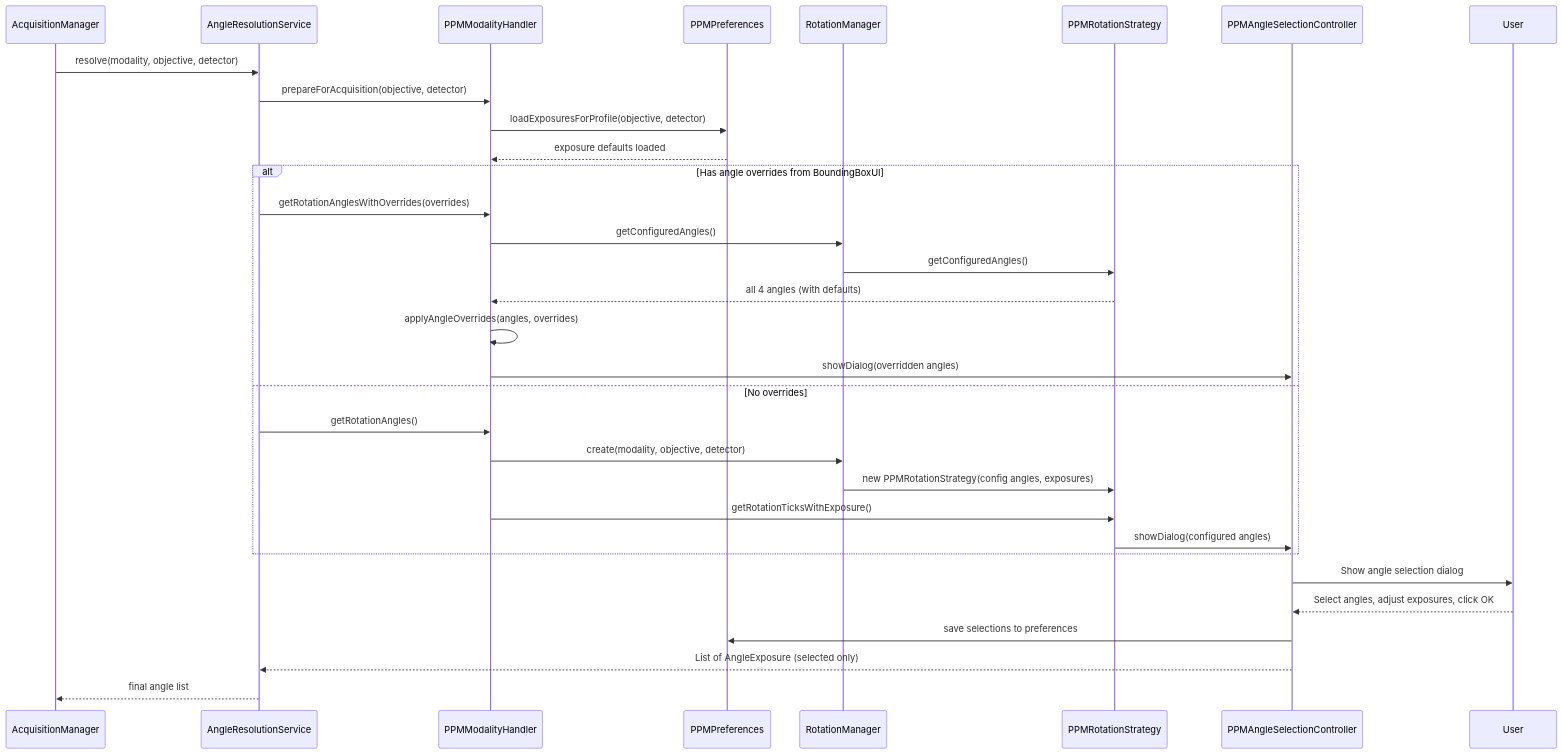
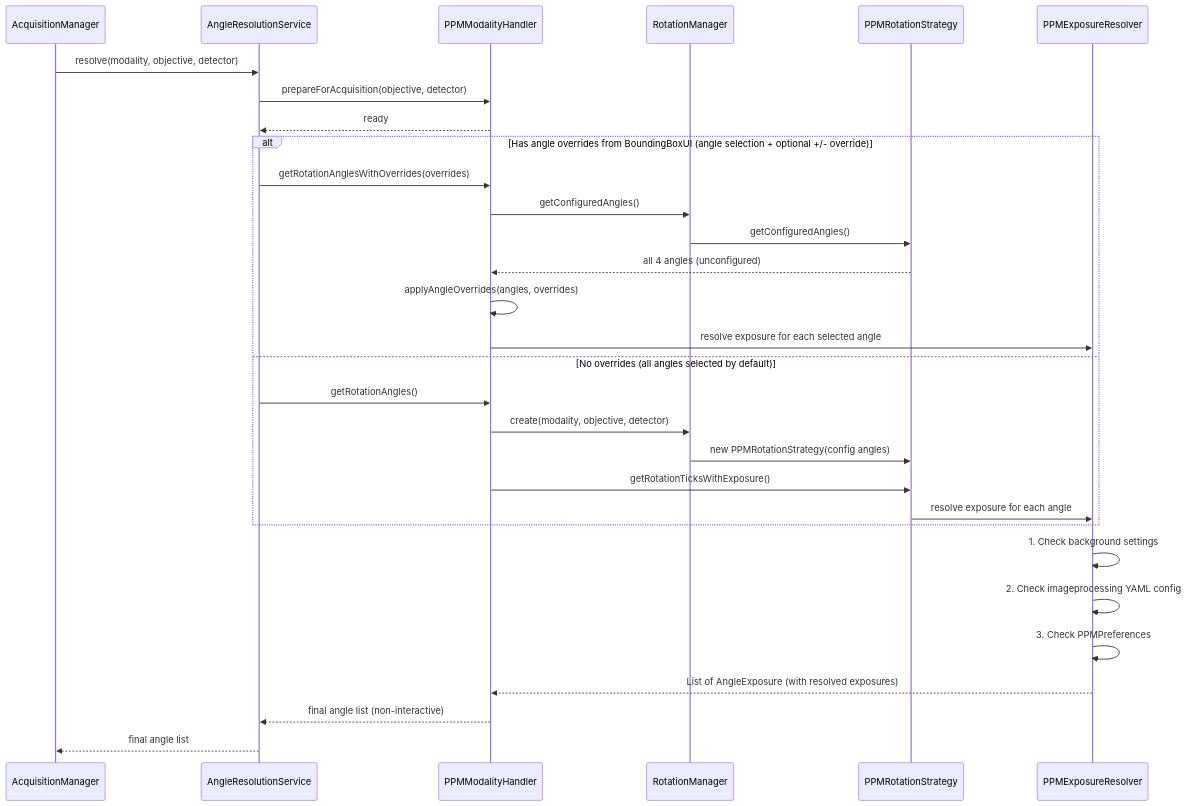
The second of 5 diagrams in documentation/developer/PPM_MODALITY.md (uw-loci/qupath-extension-qpsc), drawn with Mermaid before and after one commit. The commit also changed other lines of this file and 8 other files, not shown here.

````diff
--- a/documentation/developer/PPM_MODALITY.md
+++ b/documentation/developer/PPM_MODALITY.md
@@ -115,37 +108,35 @@
 ```mermaid
 sequenceDiagram
     participant AM as AcquisitionManager
     participant ARS as AngleResolutionService
     participant PPM as PPMModalityHandler
-    participant PP as PPMPreferences
     participant RM as RotationManager
     participant RS as PPMRotationStrategy
-    participant DLG as PPMAngleSelectionController
-    participant User
+    participant ER as PPMExposureResolver
 
     AM->>ARS: resolve(modality, objective, detector)
     ARS->>PPM: prepareForAcquisition(objective, detector)
-    PPM->>PP: loadExposuresForProfile(objective, detector)
-    PP-->>PPM: exposure defaults loaded
+    PPM-->>ARS: ready
 
-    alt Has angle overrides from BoundingBoxUI
+    alt Has angle overrides from BoundingBoxUI (angle selection + optional +/- override)
         ARS->>PPM: getRotationAnglesWithOverrides(overrides)
         PPM->>RM: getConfiguredAngles()
         RM->>RS: getConfiguredAngles()
-        RS-->>PPM: all 4 angles (with defaults)
+        RS-->>PPM: all 4 angles (unconfigured)
         PPM->>PPM: applyAngleOverrides(angles, overrides)
-        PPM->>DLG: showDialog(overridden angles)
-    else No overrides
+        PPM->>ER: resolve exposure for each selected angle
+    else No overrides (all angles selected by default)
         ARS->>PPM: getRotationAngles()
         PPM->>RM: create(modality, objective, detector)
-        RM->>RS: new PPMRotationStrategy(config angles, exposures)
+        RM->>RS: new PPMRotationStrategy(config angles)
         PPM->>RS: getRotationTicksWithExposure()
-        RS->>DLG: showDialog(configured angles)
+        RS->>ER: resolve exposure for each angle
     end
 
-    DLG->>User: Show angle selection dialog
-    User-->>DLG: Select angles, adjust exposures, click OK
-    DLG->>PP: save selections to preferences
-    DLG-->>ARS: List of AngleExposure (selected only)
+    ER->>ER: 1. Check background settings
+    ER->>ER: 2. Check imageprocessing YAML config
+    ER->>ER: 3. Check PPMPreferences
+    ER-->>PPM: List of AngleExposure (with resolved exposures)
+    PPM-->>ARS: final angle list (non-interactive)
     ARS-->>AM: final angle list
 ```
````
